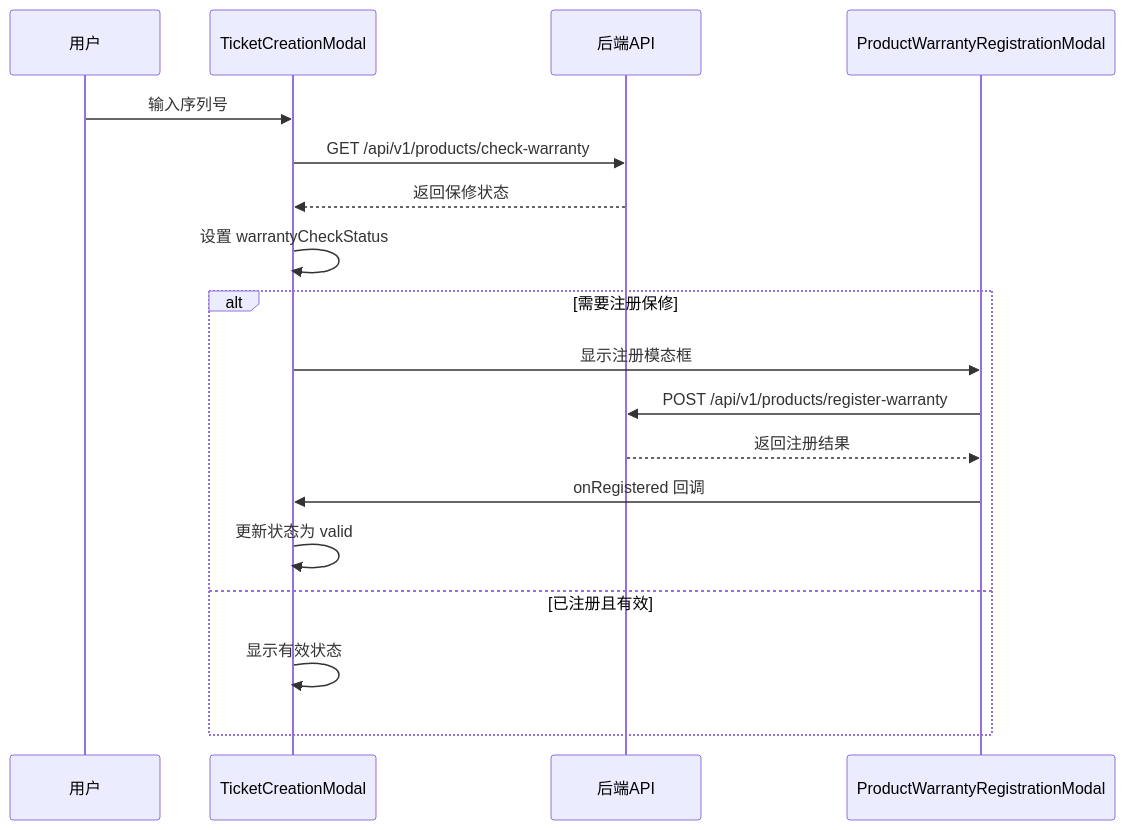
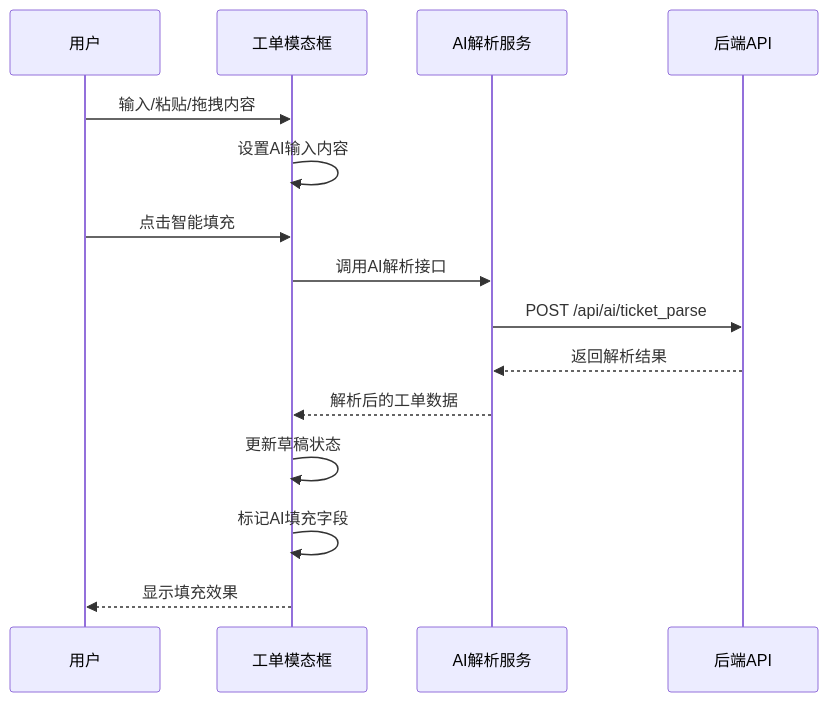
One commit to CubeEdge/Longhorn changed the fifth of 8 diagrams in .qoder/repowiki/zh/content/前端组件架构/工单创建模态框.md. Above: the diagram before and after it, drawn with Mermaid. The commit also changed other lines of this file and 53 other files, not shown here.

````diff
--- a/.qoder/repowiki/zh/content/前端组件架构/工单创建模态框.md
+++ b/.qoder/repowiki/zh/content/前端组件架构/工单创建模态框.md
@@ -212,20 +223,17 @@
 ```mermaid
 sequenceDiagram
-participant U as 用户
-participant TM as TicketCreationModal
+participant User as 用户
+participant Modal as 工单模态框
+participant AI as AI解析服务
 participant API as 后端API
-participant PRM as ProductWarrantyRegistrationModal
-U->>TM : 输入序列号
-TM->>API : GET /api/v1/products/check-warranty
-API-->>TM : 返回保修状态
-TM->>TM : 设置 warrantyCheckStatus
-alt 需要注册保修
-TM->>PRM : 显示注册模态框
-PRM->>API : POST /api/v1/products/register-warranty
-API-->>PRM : 返回注册结果
-PRM->>TM : onRegistered 回调
-TM->>TM : 更新状态为 valid
-else 已注册且有效
-TM->>TM : 显示有效状态
-end
+User->>Modal : 输入/粘贴/拖拽内容
+Modal->>Modal : 设置AI输入内容
+User->>Modal : 点击智能填充
+Modal->>AI : 调用AI解析接口
+AI->>API : POST /api/ai/ticket_parse
+API-->>AI : 返回解析结果
+AI-->>Modal : 解析后的工单数据
+Modal->>Modal : 更新草稿状态
+Modal->>Modal : 标记AI填充字段
+Modal-->>User : 显示填充效果
 ```
````
